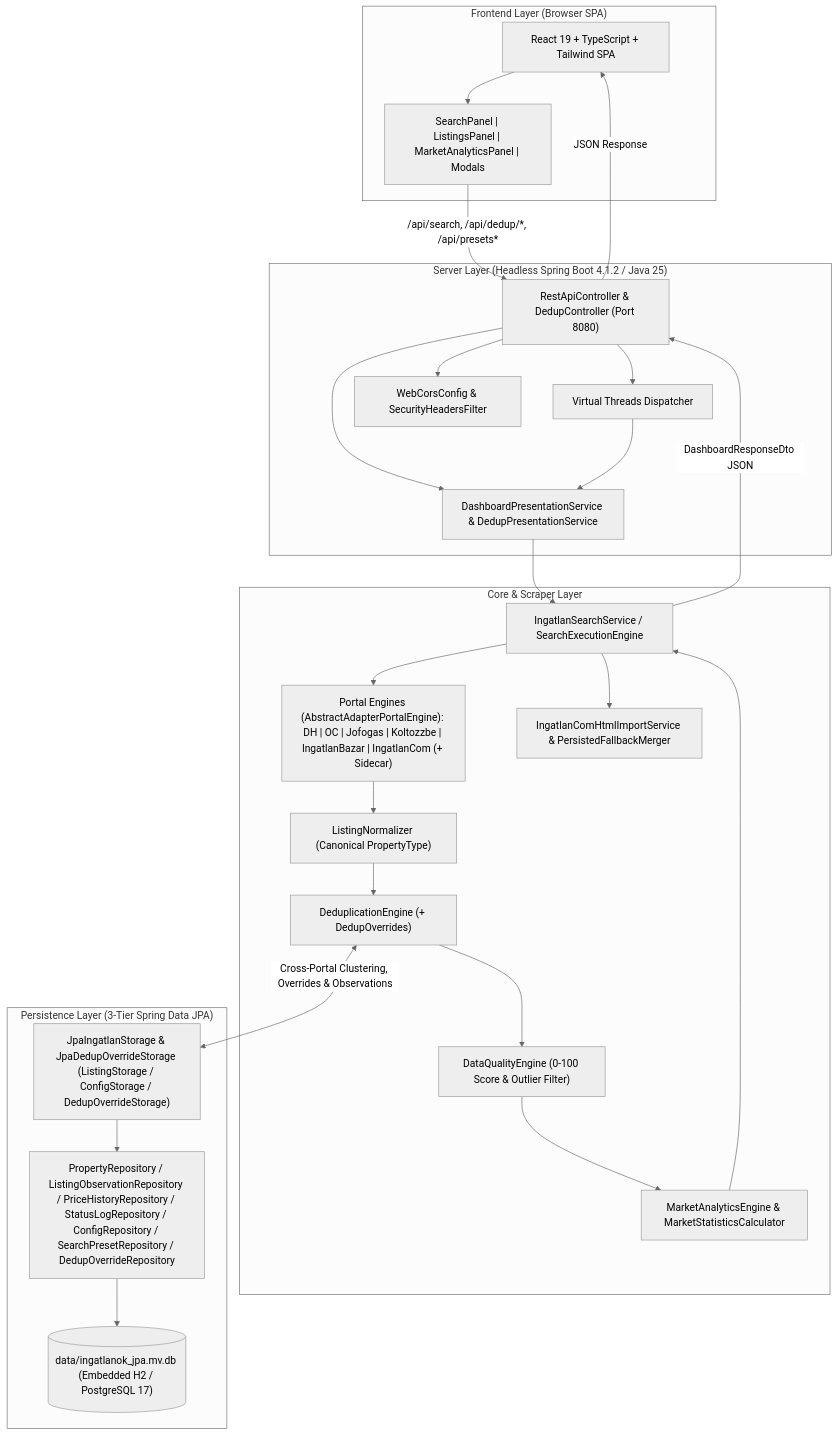
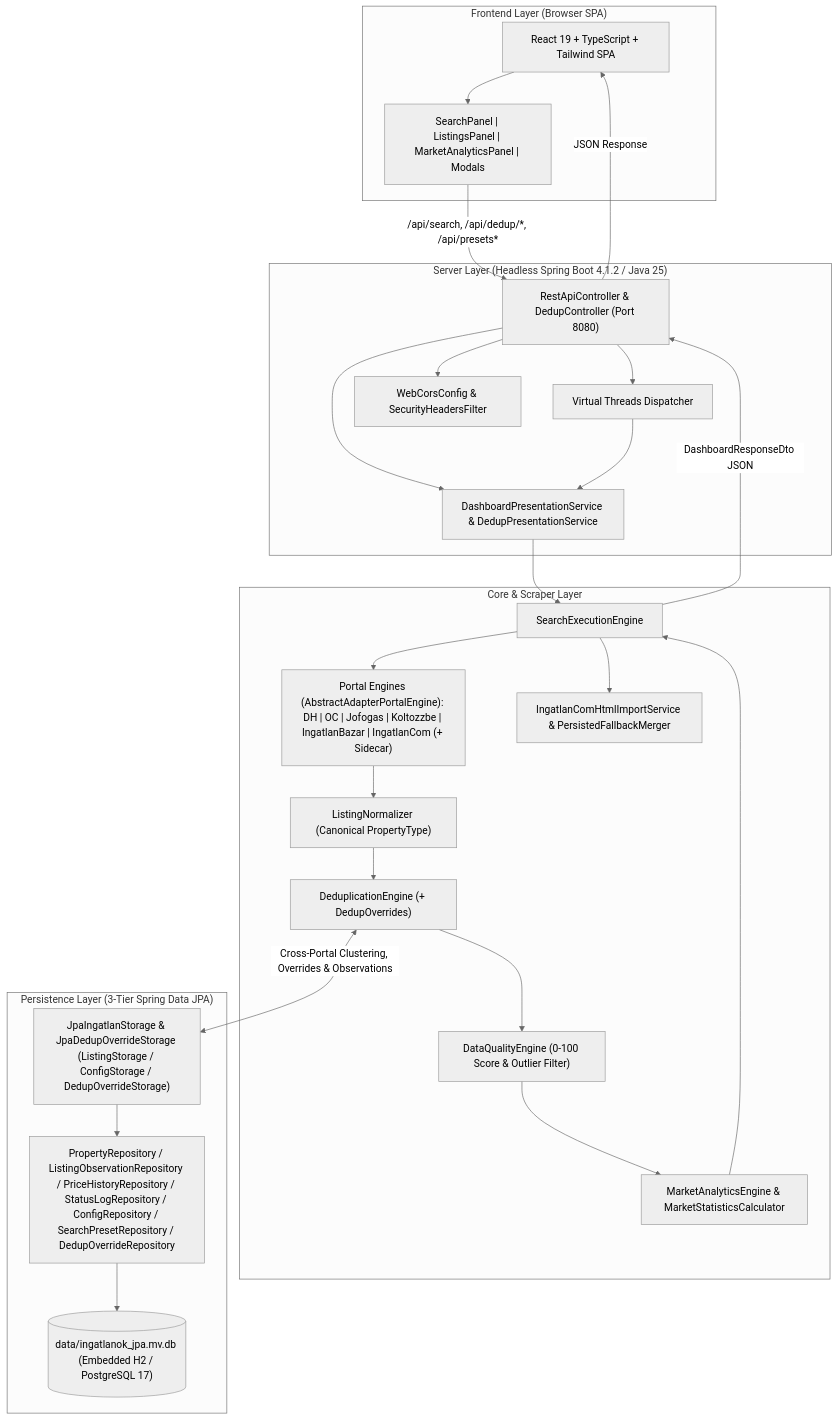
Before and after one commit to Luxeonn/ingatlan-kereso: the diagram in gemini.md, drawn with Mermaid (neutral theme). The commit also changed other lines of this file and 122 other files, not shown here.

````diff
--- a/gemini.md
+++ b/gemini.md
@@ -11,41 +11,41 @@
 ```mermaid
 flowchart TD
     subgraph UI ["Frontend Layer (Browser SPA)"]
         SPA["React 19 + TypeScript + Tailwind SPA"]
         Panels["SearchPanel | ListingsPanel | MarketAnalyticsPanel | Modals"]
         SPA --> Panels
     end
 
     subgraph Server ["Server Layer (Headless Spring Boot 4.1.2 / Java 25)"]
         HTTP["RestApiController & DedupController (Port 8080)"]
         Pres["DashboardPresentationService & DedupPresentationService"]
         VThread["Virtual Threads Dispatcher"]
         Cors["WebCorsConfig & SecurityHeadersFilter"]
         HTTP --> VThread & Cors & Pres
     end
 
     subgraph Service ["Core & Scraper Layer"]
-        Orchestrator["IngatlanSearchService / SearchExecutionEngine"]
+        Orchestrator["SearchExecutionEngine"]
         Normalizer["ListingNormalizer (Canonical PropertyType)"]
         Portals["Portal Engines (AbstractAdapterPortalEngine): DH | OC | Jofogas | Koltozzbe | IngatlanBazar | IngatlanCom (+ Sidecar)"]
         Import["IngatlanComHtmlImportService & PersistedFallbackMerger"]
         Quality["DataQualityEngine (0-100 Score & Outlier Filter)"]
         Analytics["MarketAnalyticsEngine & MarketStatisticsCalculator"]
         Dedup["DeduplicationEngine (+ DedupOverrides)"]
 
         Orchestrator --> Portals --> Normalizer --> Dedup --> Quality --> Analytics
         Orchestrator --> Import
     end
 
     subgraph Persistence ["Persistence Layer (3-Tier Spring Data JPA)"]
         Storage["JpaIngatlanStorage & JpaDedupOverrideStorage (ListingStorage / ConfigStorage / DedupOverrideStorage)"]
         Repo["PropertyRepository / ListingObservationRepository / PriceHistoryRepository / StatusLogRepository / ConfigRepository / SearchPresetRepository / DedupOverrideRepository"]
         H2[("data/ingatlanok_jpa.mv.db (Embedded H2 / PostgreSQL 17)")]
         Storage --> Repo --> H2
     end
 
     Panels -->|"/api/search, /api/dedup/*, /api/presets*"| HTTP
     VThread --> Pres --> Orchestrator
     Dedup <-->|"Cross-Portal Clustering, Overrides & Observations"| Storage
     Analytics --> Orchestrator -->|DashboardResponseDto JSON| HTTP -->|JSON Response| SPA
 ```
````
